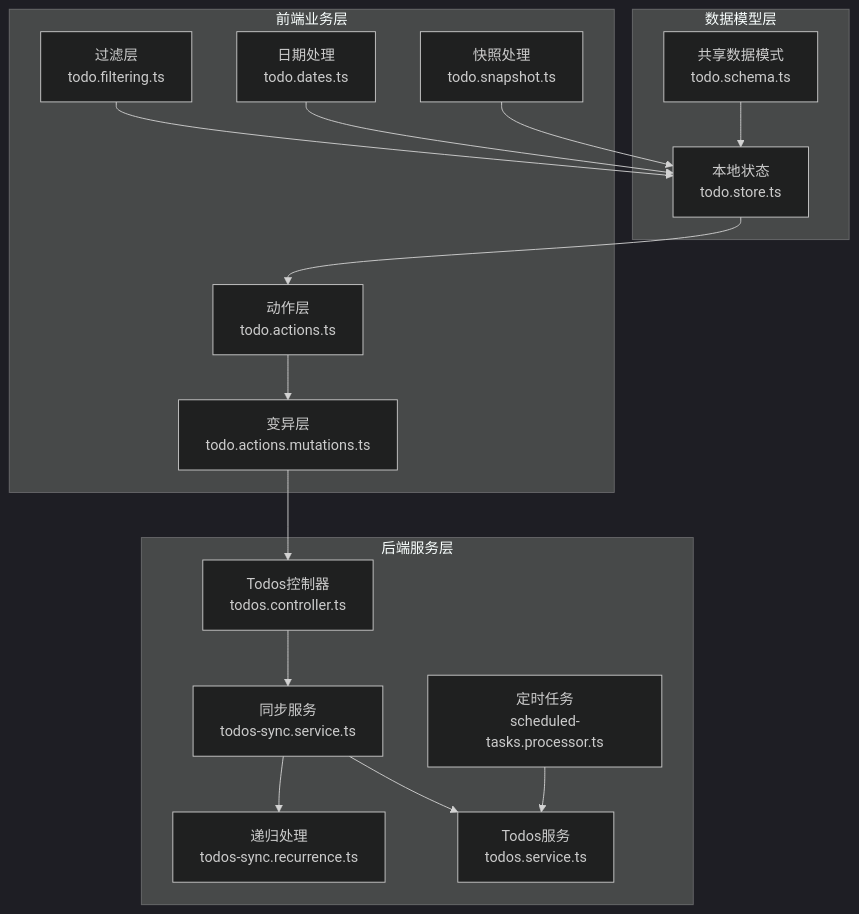
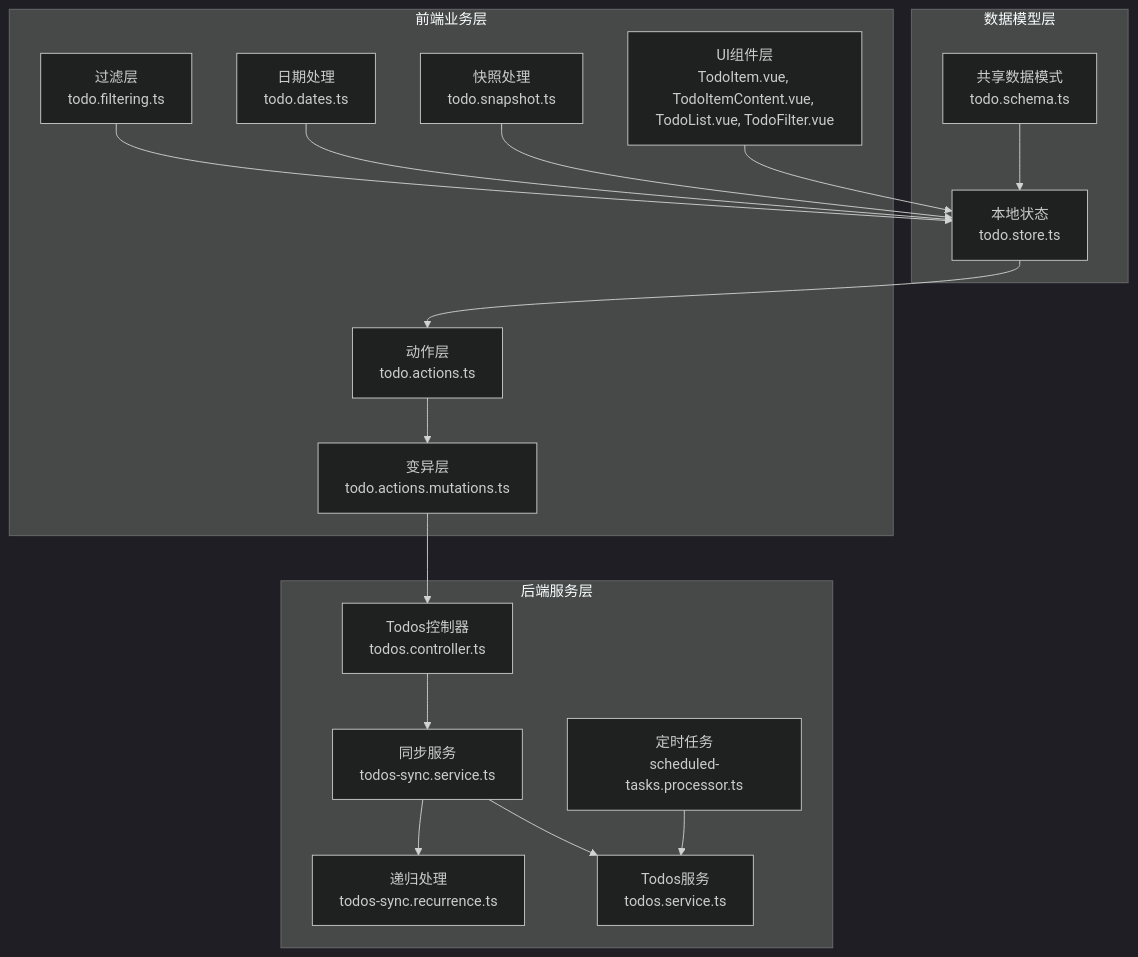
The tenth of 10 diagrams in .qoder/repowiki/zh/content/后端开发/待办事项模块/待办事项延迟功能.md (xixixiaoyu/Todo), drawn with Mermaid (dark theme) before and after one commit. The commit also changed other lines of this file and 8 other files, not shown here.

````diff
--- a/.qoder/repowiki/zh/content/后端开发/待办事项模块/待办事项延迟功能.md
+++ b/.qoder/repowiki/zh/content/后端开发/待办事项模块/待办事项延迟功能.md
@@ -290,32 +406,34 @@
 ```mermaid
 graph TB
 subgraph "数据模型层"
 Shared_Schema[共享数据模式<br/>todo.schema.ts]
 Local_State[本地状态<br/>todo.store.ts]
 end
 subgraph "前端业务层"
 Actions[动作层<br/>todo.actions.ts]
 Mutations[变异层<br/>todo.actions.mutations.ts]
 Filtering[过滤层<br/>todo.filtering.ts]
 Dates[日期处理<br/>todo.dates.ts]
 Snapshot[快照处理<br/>todo.snapshot.ts]
+UI_Components[UI组件层<br/>TodoItem.vue, TodoItemContent.vue, TodoList.vue, TodoFilter.vue]
 end
 subgraph "后端服务层"
 Controller[Todos控制器<br/>todos.controller.ts]
 SyncService[同步服务<br/>todos-sync.service.ts]
 Recurrence[递归处理<br/>todos-sync.recurrence.ts]
 BaseService[Todos服务<br/>todos.service.ts]
 Scheduler[定时任务<br/>scheduled-tasks.processor.ts]
 end
 Shared_Schema --> Local_State
 Local_State --> Actions
 Actions --> Mutations
 Mutations --> Controller
 Filtering --> Local_State
 Dates --> Local_State
 Snapshot --> Local_State
 Controller --> SyncService
 SyncService --> Recurrence
 SyncService --> BaseService
 Scheduler --> BaseService
+UI_Components --> Local_State
 ```
````
